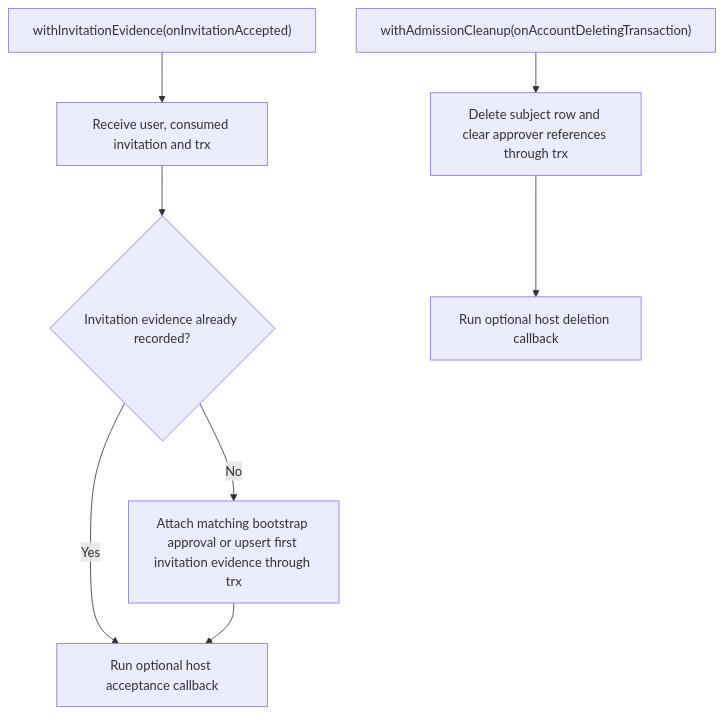
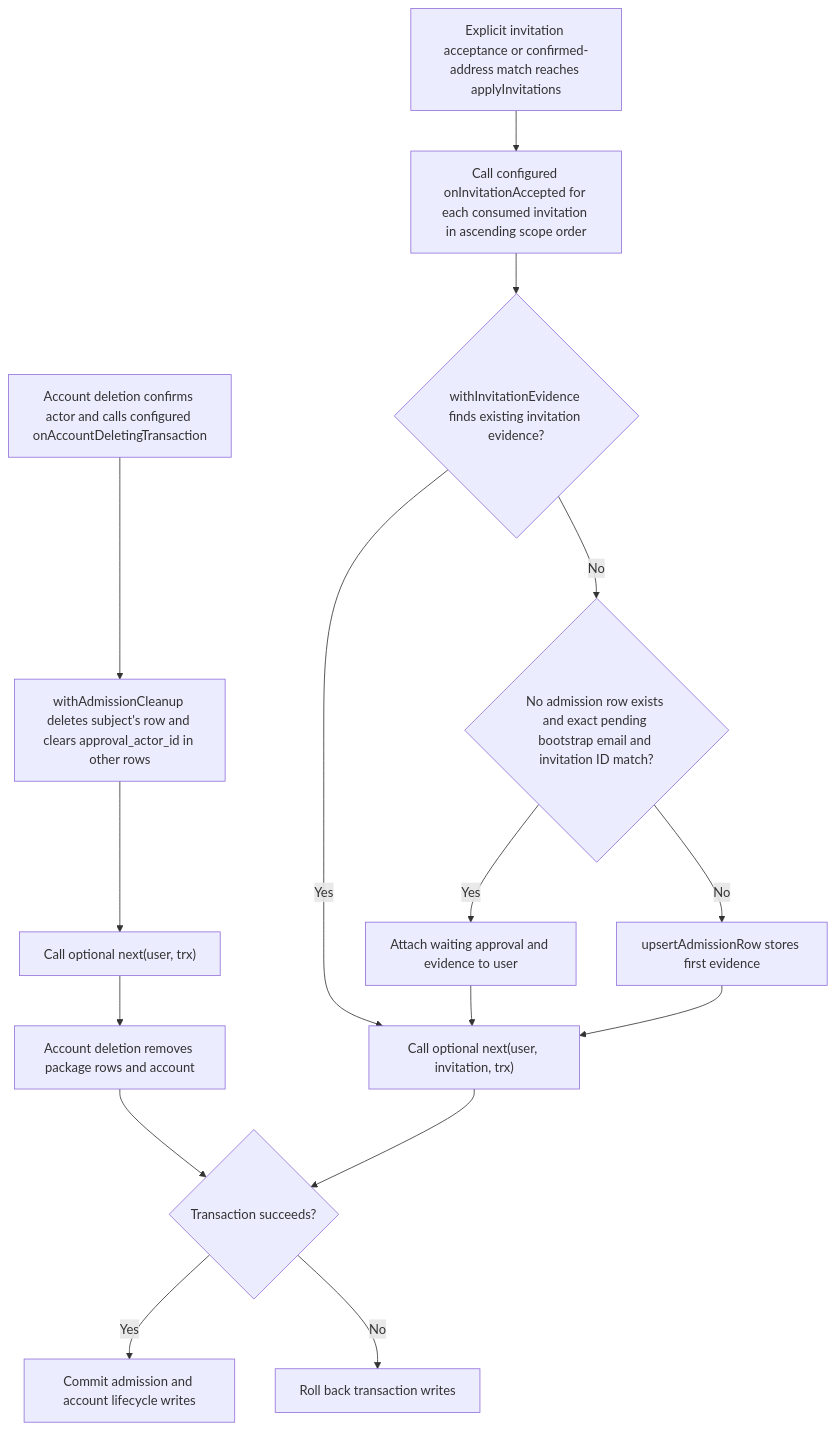
Before and after one commit to Kevinjohn/oss-adonisjs-account-kit: the second of 2 diagrams in user-stories/US-ACCOUNT-51-configure-admission-hooks.md, drawn with Mermaid. The commit also changed other lines of this file and 70 other files, not shown here.

Commit message:
Refresh the Account Kit user story catalogue for 0.6.0

````diff
--- a/user-stories/US-ACCOUNT-51-configure-admission-hooks.md
+++ b/user-stories/US-ACCOUNT-51-configure-admission-hooks.md
@@ -30,10 +35,18 @@
 ```mermaid
 flowchart TD
- A["withInvitationEvidence(onInvitationAccepted)"] --> B["Receive user, consumed invitation and trx"]
- B --> C{"Invitation evidence already recorded?"}
- C -->|Yes| D["Run optional host acceptance callback"]
- C -->|No| C1["Attach matching bootstrap approval or upsert first invitation evidence through trx"]
- C1 --> D
- E["withAdmissionCleanup(onAccountDeletingTransaction)"] --> F["Delete subject row and clear approver references through trx"]
- F --> G["Run optional host deletion callback"]
+ A["Explicit invitation acceptance or confirmed-address match reaches applyInvitations"] --> B["Call configured onInvitationAccepted for each consumed invitation in ascending scope order"]
+ B --> C{"withInvitationEvidence finds existing invitation evidence?"}
+ C -->|Yes| D["Call optional next(user, invitation, trx)"]
+ C -->|No| M{"No admission row exists and exact pending bootstrap email and invitation ID match?"}
+ M -->|Yes| N["Attach waiting approval and evidence to user"]
+ M -->|No| O["upsertAdmissionRow stores first evidence"]
+ N --> D
+ O --> D
+ E["Account deletion confirms actor and calls configured onAccountDeletingTransaction"] --> F["withAdmissionCleanup deletes subject's row and clears approval_actor_id in other rows"]
+ F --> G["Call optional next(user, trx)"]
+ G --> H["Account deletion removes package rows and account"]
+ H --> I{"Transaction succeeds?"}
+ D --> I
+ I -->|Yes| J["Commit admission and account lifecycle writes"]
+ I -->|No| K["Roll back transaction writes"]
 ```
````
